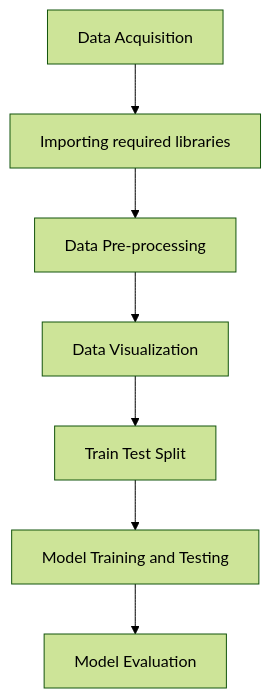
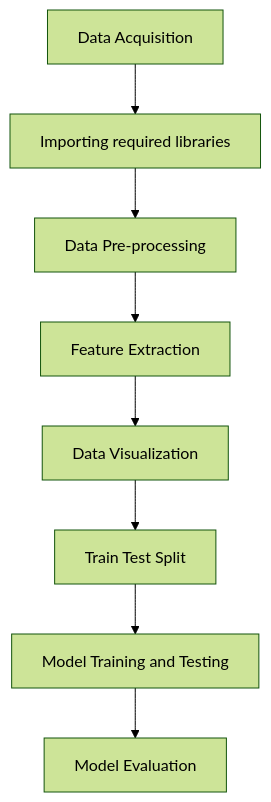
The diagram in README.md (dvamsidhar2002/Twitter-Sentiment-Analysis), drawn with Mermaid (forest theme) before and after one commit.

````diff
--- a/README.md
+++ b/README.md
@@ -12,9 +12,10 @@
 ```mermaid
 flowchart TD
 A[Data Acquisition] --> B[Importing required libraries]
 B[Importing required libraries] --> C[Data Pre-processing]
-C[Data Pre-processing] --> D[Data Visualization]
-D[Data Visualization] --> E[Train Test Split]
-E[Train Test Split] --> F[Model Training and Testing]
-F[Model Training and Testing] --> G[Model Evaluation]
+C[Data Pre-processing] --> D[Feature Extraction]
+D[Feature Extraction] --> E[Data Visualization]
+E[Data Visualization] --> F[Train Test Split]
+F[Train Test Split] --> G[Model Training and Testing]
+G[Model Training and Testing] --> H[Model Evaluation]
 ```
````
